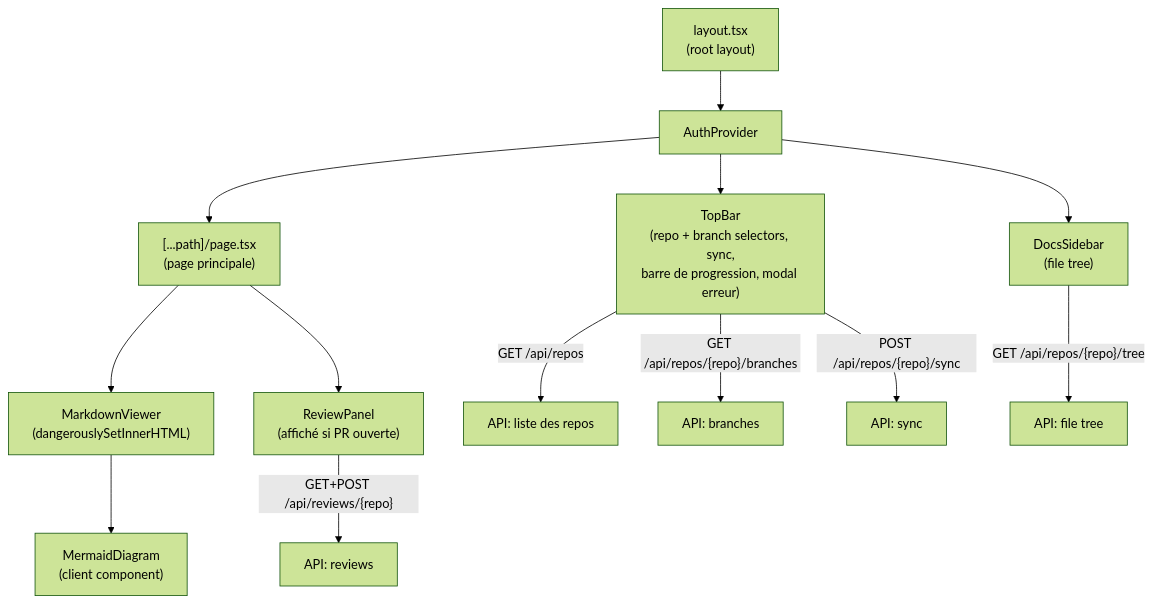
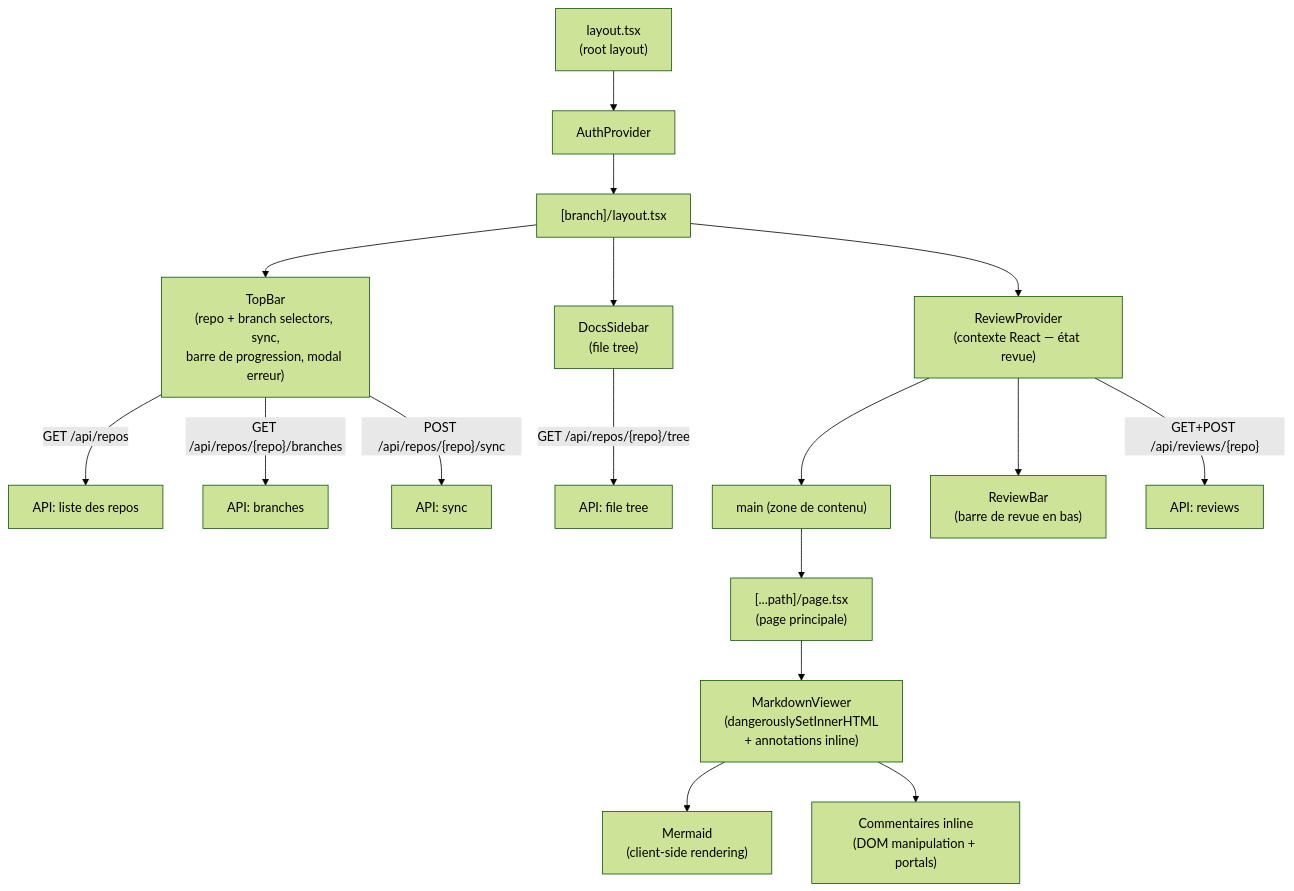
The third of 7 diagrams in docs/architecture.md (francois76/docsHub), drawn with Mermaid (forest theme) before and after one commit. The commit also changed other lines of this file and 17 other files, not shown here.

````diff
--- a/docs/architecture.md
+++ b/docs/architecture.md
@@ -91,18 +91,22 @@
 ```mermaid
 graph TD
     LP["layout.tsx\n(root layout)"] --> AP["AuthProvider"]
-    AP --> TB["TopBar\n(repo + branch selectors, sync,\nbarre de progression, modal erreur)"]
-    AP --> DS["DocsSidebar\n(file tree)"]
-    AP --> CP["[...path]/page.tsx\n(page principale)"]
+    AP --> BL["[branch]/layout.tsx"]
+    BL --> TB["TopBar\n(repo + branch selectors, sync,\nbarre de progression, modal erreur)"]
+    BL --> DS["DocsSidebar\n(file tree)"]
+    BL --> RP["ReviewProvider\n(contexte React — état revue)"]
 
-    CP --> MV["MarkdownViewer\n(dangerouslySetInnerHTML)"]
-    CP --> RP["ReviewPanel\n(affiché si PR ouverte)"]
+    RP --> MAIN["main (zone de contenu)"]
+    RP --> RB["ReviewBar\n(barre de revue en bas)"]
 
-    MV --> MMD["MermaidDiagram\n(client component)"]
+    MAIN --> CP["[...path]/page.tsx\n(page principale)"]
+    CP --> MV["MarkdownViewer\n(dangerouslySetInnerHTML\n+ annotations inline)"]
+    MV --> MMD["Mermaid\n(client-side rendering)"]
+    MV --> IC["Commentaires inline\n(DOM manipulation + portals)"]
 
     TB -->|GET /api/repos| API1["API: liste des repos"]
     TB -->|"GET /api/repos/{repo}/branches"| API2["API: branches"]
     TB -->|"POST /api/repos/{repo}/sync"| API3["API: sync"]
     DS -->|"GET /api/repos/{repo}/tree"| API4["API: file tree"]
     RP -->|"GET+POST /api/reviews/{repo}"| API5["API: reviews"]
 ```
````
